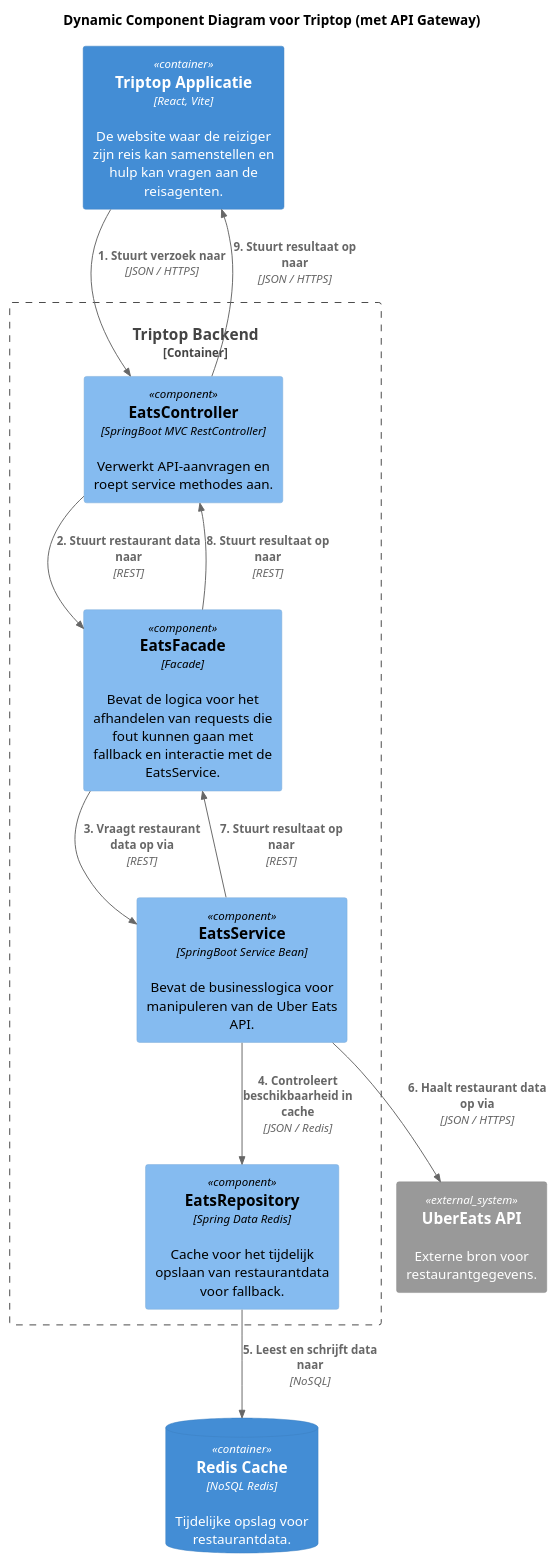
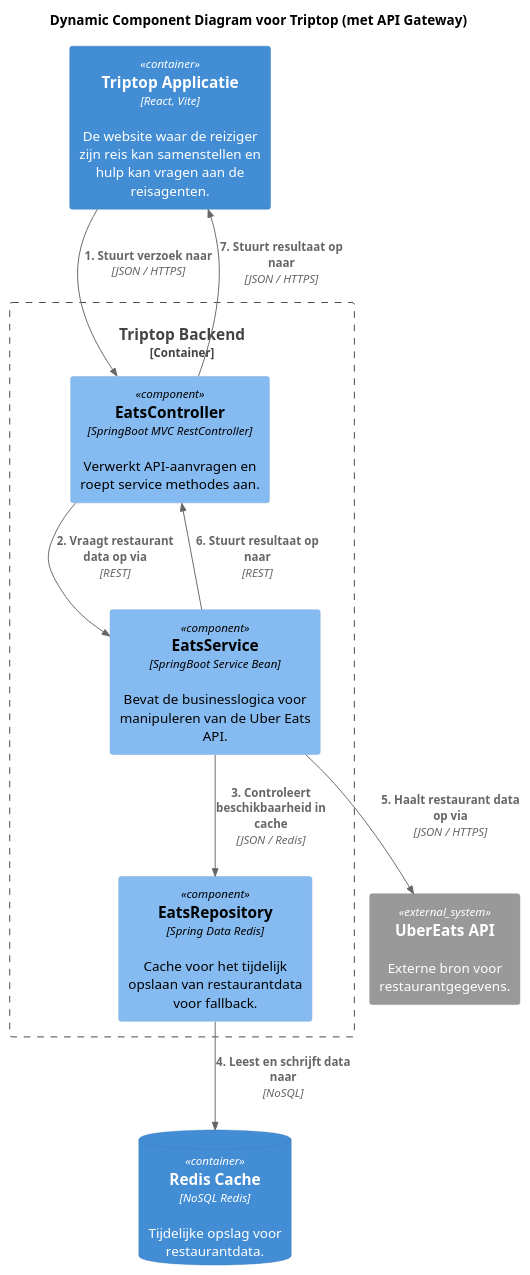
One commit to AIM-ENE-feb25/triptop-beca changed the diagram in voorbereidingen/week2-les3/dynamic-component-diagram-atakan.puml. Above: the diagram before and after it, drawn with PlantUML. The commit also changed 2 other files, not shown here.

Commit message:
Wijzigingen gemaakt aan diagrammen

```diff
--- a/voorbereidingen/week2-les3/dynamic-component-diagram-atakan.puml
+++ b/voorbereidingen/week2-les3/dynamic-component-diagram-atakan.puml
@@ -1,29 +1,26 @@
 @startuml
 !include https://raw.githubusercontent.com/plantuml-stdlib/C4-PlantUML/master/C4_Component.puml
 
 title Dynamic Component Diagram voor Triptop (met API Gateway)
 
 Container(tt_app, "Triptop Applicatie", "React, Vite", "De website waar de reiziger zijn reis kan samenstellen en hulp kan vragen aan de reisagenten.")
 System_Ext(eats_api, "UberEats API", "Externe bron voor restaurantgegevens.")
 ContainerDb(redis, "Redis Cache", "NoSQL Redis", "Tijdelijke opslag voor restaurantdata.")
 
 Container_Boundary(api, "Triptop Backend") {
     Component(controller, "EatsController", "SpringBoot MVC RestController", "Verwerkt API-aanvragen en roept service methodes aan.")
-    Component(facade, "EatsFacade", "Facade", "Bevat de logica voor het afhandelen van requests die fout kunnen gaan met fallback en interactie met de EatsService.")
     Component(service, "EatsService", "SpringBoot Service Bean", "Bevat de businesslogica voor manipuleren van de Uber Eats API.")
     Component(cache, "EatsRepository", "Spring Data Redis", "Cache voor het tijdelijk opslaan van restaurantdata voor fallback.")
 
     Rel(tt_app, controller, "1. Stuurt verzoek naar", "JSON / HTTPS")
-    Rel(controller, facade, "2. Stuurt restaurant data naar", "REST")
-    Rel(facade, service, "3. Vraagt restaurant data op via", "REST")
-    Rel(service, cache, "4. Controleert beschikbaarheid in cache", "JSON / Redis")
-    Rel(cache, redis, "5. Leest en schrijft data naar", "NoSQL")
-    Rel(service, eats_api, "6. Haalt restaurant data op via", "JSON / HTTPS")
+    Rel(controller, service, "2. Vraagt restaurant data op via", "REST")
+    Rel(service, cache, "3. Controleert beschikbaarheid in cache", "JSON / Redis")
+    Rel(cache, redis, "4. Leest en schrijft data naar", "NoSQL")
+    Rel(service, eats_api, "5. Haalt restaurant data op via", "JSON / HTTPS")
 
-    Rel(service, facade, "7. Stuurt resultaat op naar", "REST")
-    Rel(facade, controller, "8. Stuurt resultaat op naar", "REST")
-    Rel(controller, tt_app, "9. Stuurt resultaat op naar", "JSON / HTTPS")
+    Rel(service, controller, "6. Stuurt resultaat op naar", "REST")
+    Rel(controller, tt_app, "7. Stuurt resultaat op naar", "JSON / HTTPS")
 }
 
 
 @enduml
```
